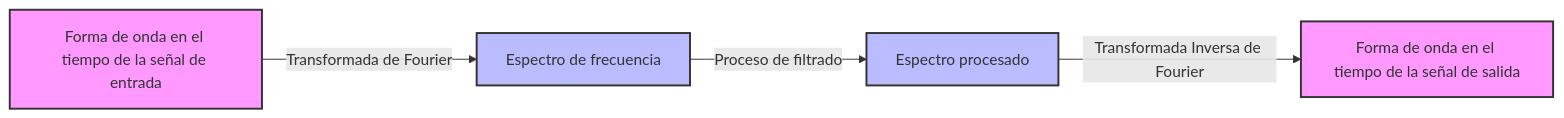
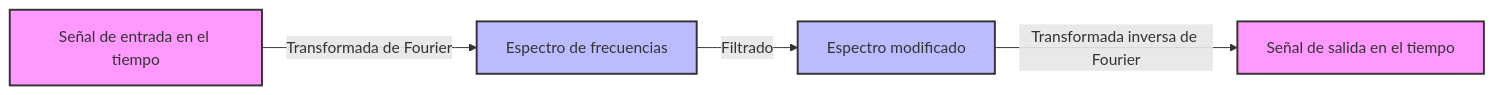
One commit to kenjinote/blog changed the diagram in content/post/fourier-series-and-transform/index.es.md. Above: the diagram before and after it, drawn with Mermaid. The commit also changed other lines of this file and 6 other files, not shown here.

````diff
--- a/content/post/fourier-series-and-transform/index.es.md
+++ b/content/post/fourier-series-and-transform/index.es.md
@@ -80,12 +93,11 @@
 ```mermaid
 flowchart LR
-    A["Forma de onda en el tiempo de la señal de entrada"] -->|"Transformada de Fourier"| B["Espectro de frecuencia"]
-    B -->|"Proceso de filtrado"| C["Espectro procesado"]
-    C -->|"Transformada Inversa de Fourier"| D["Forma de onda en el tiempo de la señal de salida"]
-    
-    %% Estilos de nodos
+    A["Señal de entrada en el tiempo"] -->|"Transformada de Fourier"| B["Espectro de frecuencias"]
+    B -->|"Filtrado"| C["Espectro modificado"]
+    C -->|"Transformada inversa de Fourier"| D["Señal de salida en el tiempo"]
+
     style A fill:#f9f,stroke:#333,stroke-width:2px
     style B fill:#bbf,stroke:#333,stroke-width:2px
     style C fill:#bbf,stroke:#333,stroke-width:2px
     style D fill:#f9f,stroke:#333,stroke-width:2px
 ```
````
